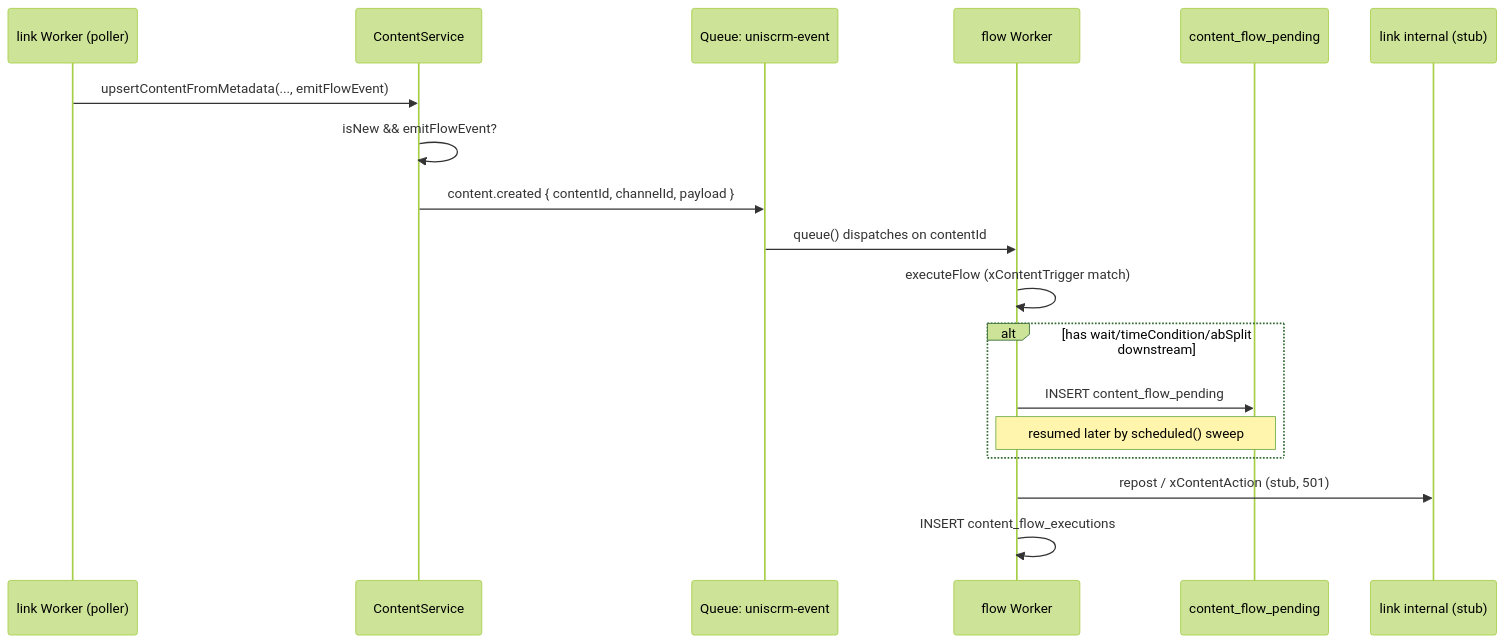
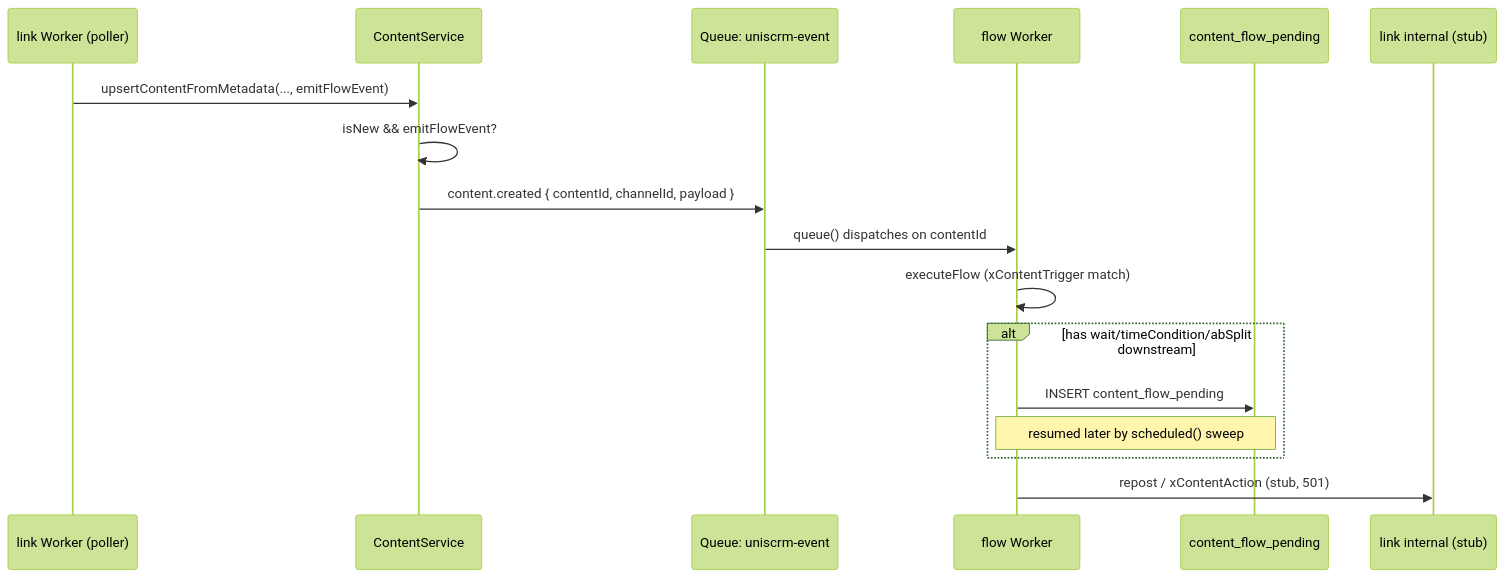
One commit to zcqqq/uniscrm-web changed the second of 5 diagrams in flow/sequence.md. Above: the diagram before and after it, drawn with Mermaid (forest theme). The commit also changed other lines of this file, not shown here.

First line of the commit message:
docs(flow): remove stale content_flow_executions step from sequence.md

````diff
--- a/flow/sequence.md
+++ b/flow/sequence.md
@@ -18,21 +18,20 @@
 ```mermaid
 sequenceDiagram
     participant P as link Worker (poller)
     participant CS as ContentService
     participant EQ as Queue: uniscrm-event
     participant FW as flow Worker
     participant CFP as content_flow_pending
     participant STUB as link internal (stub)
 
     P->>CS: upsertContentFromMetadata(..., emitFlowEvent)
     CS->>CS: isNew && emitFlowEvent?
     CS->>EQ: content.created { contentId, channelId, payload }
     EQ->>FW: queue() dispatches on contentId
     FW->>FW: executeFlow (xContentTrigger match)
     alt has wait/timeCondition/abSplit downstream
         FW->>CFP: INSERT content_flow_pending
         Note over FW,CFP: resumed later by scheduled() sweep
     end
     FW->>STUB: repost / xContentAction (stub, 501)
-    FW->>FW: INSERT content_flow_executions
 ```
````
